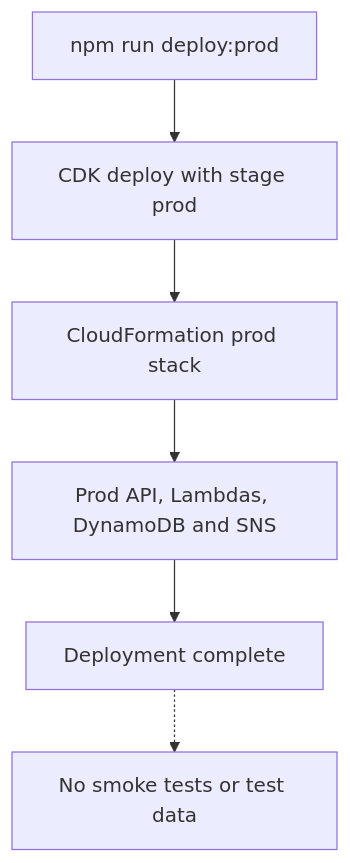
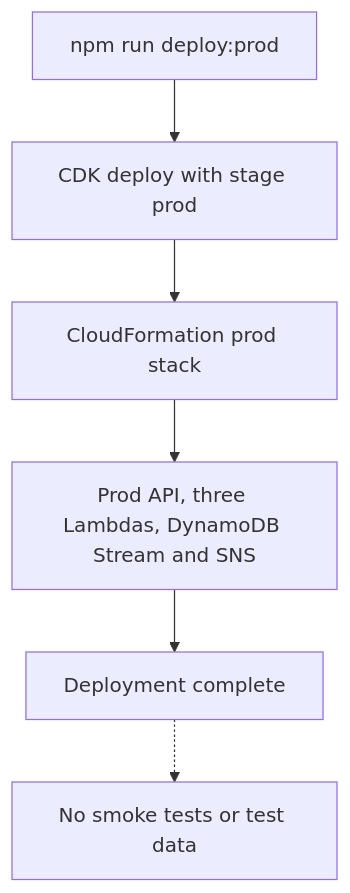
One commit to YavuzYldrm/person-service changed the fifth of 5 diagrams in README.md. Above: the diagram before and after it, drawn with Mermaid. The commit also changed other lines of this file and 21 other files, not shown here.

Commit message:
DynamoDB Stream and SNS publisher lambda is implemented. For worstcase scenario, alarm is implemented with email notification. Related test cases are added.

````diff
--- a/README.md
+++ b/README.md
@@ -341,8 +353,8 @@
 ```mermaid
 flowchart TD
     ProdCommand[npm run deploy:prod] --> ProdCdk[CDK deploy with stage prod]
     ProdCdk --> ProdStack[CloudFormation prod stack]
-    ProdStack --> ProdResources[Prod API, Lambdas, DynamoDB and SNS]
+    ProdStack --> ProdResources[Prod API, three Lambdas, DynamoDB Stream and SNS]
     ProdResources --> Complete[Deployment complete]
     Complete -.-> NoSmoke[No smoke tests or test data]
 ```
````
